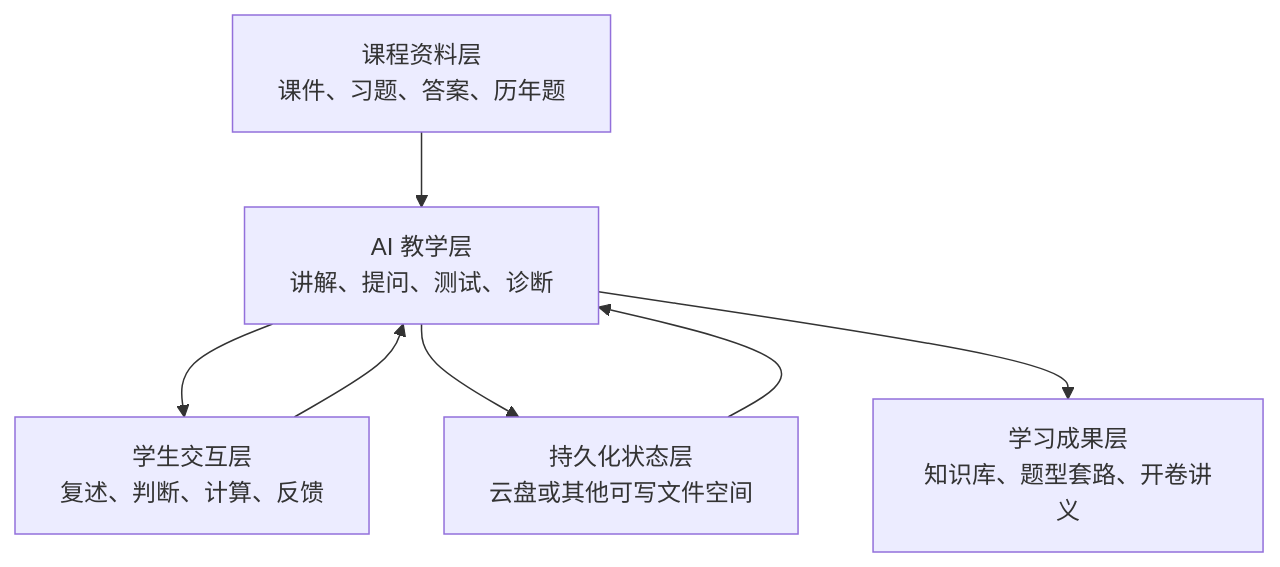
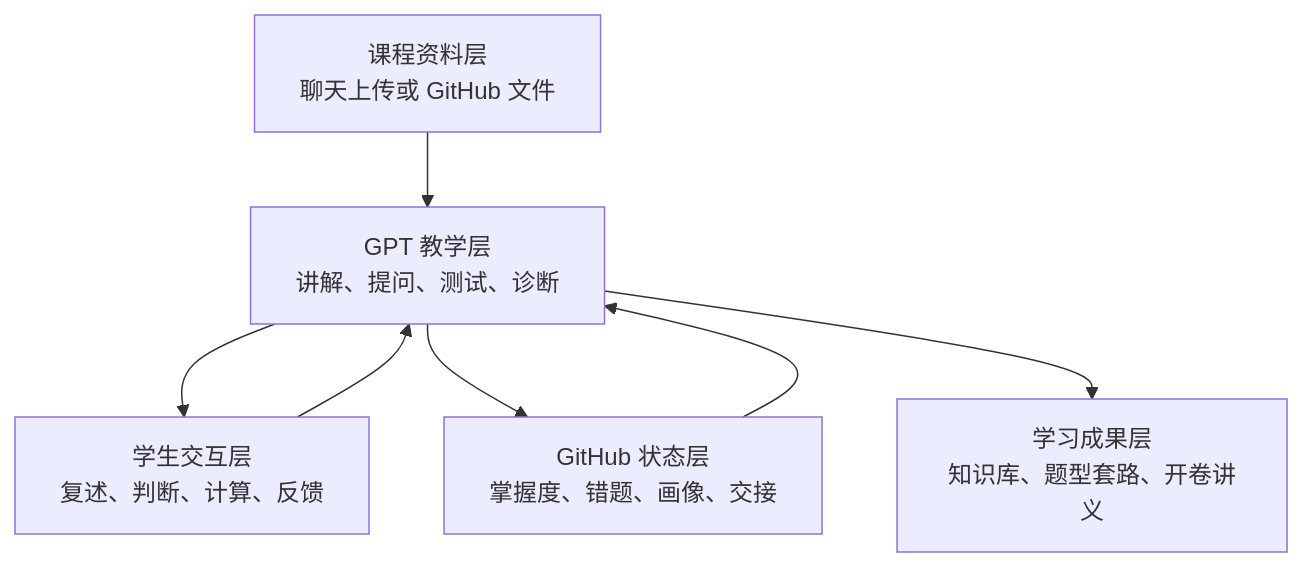
One commit to 11111f11111/human-gradient-descent changed the first of 4 diagrams in docs/WORKFLOW.md. Above: the diagram before and after it, drawn with Mermaid. The commit also changed other lines of this file, not shown here.

Commit message:
Document GPT and GitHub reference architecture

````diff
--- a/docs/WORKFLOW.md
+++ b/docs/WORKFLOW.md
@@ -19,9 +19,9 @@
 ```mermaid
 flowchart TD
-    A["课程资料层<br/>课件、习题、答案、历年题"] --> B["AI 教学层<br/>讲解、提问、测试、诊断"]
-    C["持久化状态层<br/>云盘或其他可写文件空间"] --> B
+    A["课程资料层<br/>聊天上传或 GitHub 文件"] --> B["GPT 教学层<br/>讲解、提问、测试、诊断"]
+    C["GitHub 状态层<br/>掌握度、错题、画像、交接"] --> B
     B --> D["学生交互层<br/>复述、判断、计算、反馈"]
     D --> B
     B --> C
     B --> E["学习成果层<br/>知识库、题型套路、开卷讲义"]
 ```
````
